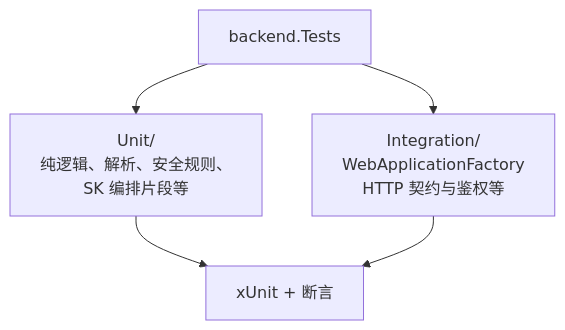
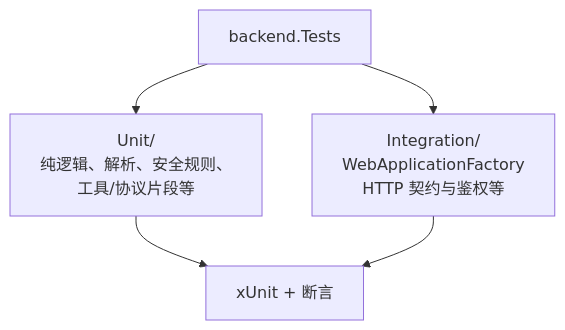
Before and after one commit to torsilver/OpenWorkmate: the ninth of 10 diagrams in docs/architecture-dimensions.md, drawn with Mermaid. The commit also changed other lines of this file and 13 other files, not shown here.

````diff
--- a/docs/architecture-dimensions.md
+++ b/docs/architecture-dimensions.md
@@ -246,10 +248,10 @@
 ```mermaid
 flowchart TB
   T["backend.Tests"]
 
-  T --> U["Unit/<br/>纯逻辑、解析、安全规则、<br/>SK 编排片段等"]
+  T --> U["Unit/<br/>纯逻辑、解析、安全规则、<br/>工具/协议片段等"]
   T --> I["Integration/<br/>WebApplicationFactory<br/>HTTP 契约与鉴权等"]
 
   U --> X["xUnit + 断言"]
   I --> X
 ```
````
